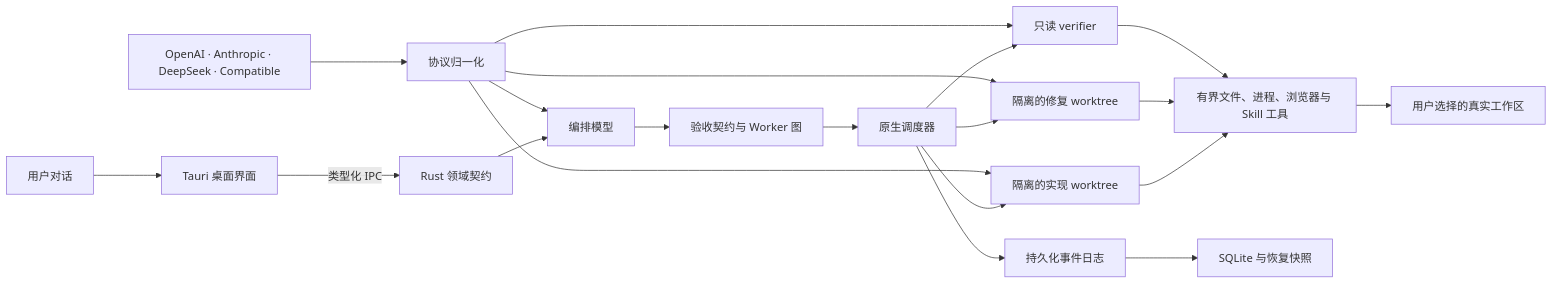
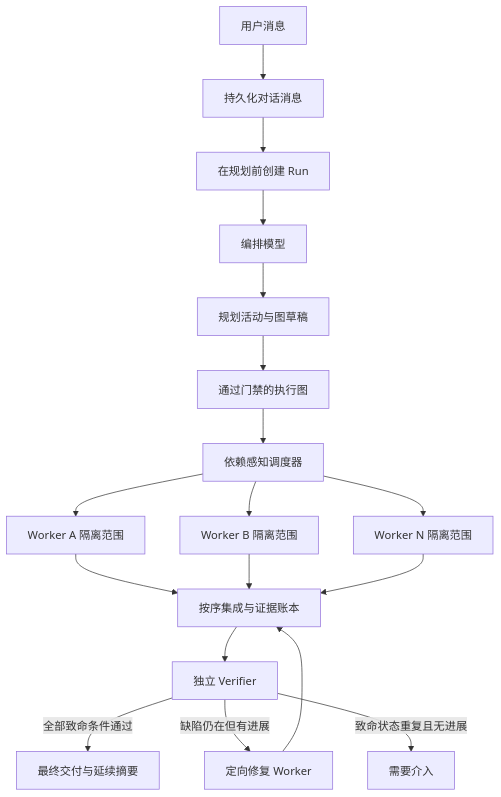
One commit to cb8010d6/LunaScope changed the first of 4 diagrams in README.zh-CN.md. Above: the diagram before and after it, drawn with Mermaid. The commit also changed other lines of this file and 68 other files, not shown here.

````diff
--- a/README.zh-CN.md
+++ b/README.zh-CN.md
@@ -47,27 +50,20 @@
 ```mermaid
-flowchart LR
-    U["用户对话"] --> UI["Tauri 桌面界面"]
-    UI -->|"类型化 IPC"| CORE["Rust 领域契约"]
-
-    CORE --> ORC["编排模型"]
-    ORC --> PLAN["验收契约与 Worker 图"]
-    PLAN --> SCH["原生调度器"]
-
-    SCH --> W1["隔离的实现 worktree"]
-    SCH --> W2["隔离的修复 worktree"]
-    SCH --> V["只读 verifier"]
-
-    W1 --> TOOLS["有界文件、进程、浏览器与 Skill 工具"]
-    W2 --> TOOLS
-    V --> TOOLS
-
-    TOOLS --> WS["用户选择的真实工作区"]
-    SCH --> EVENTS["持久化事件日志"]
-    EVENTS --> DB["SQLite 与恢复快照"]
-
-    PROVIDERS["OpenAI · Anthropic · DeepSeek · Compatible"] --> NORMALIZE["协议归一化"]
-    NORMALIZE --> ORC
-    NORMALIZE --> W1
-    NORMALIZE --> W2
-    NORMALIZE --> V
+flowchart TB
+    U["用户消息"] --> M["持久化对话消息"]
+    M --> R["在规划前创建 Run"]
+    R --> O["编排模型"]
+    O --> D["规划活动与图草稿"]
+    D --> G["通过门禁的执行图"]
+    G --> S["依赖感知调度器"]
+    S --> W1["Worker A 隔离范围"]
+    S --> W2["Worker B 隔离范围"]
+    S --> W3["Worker N 隔离范围"]
+    W1 --> I["按序集成与证据账本"]
+    W2 --> I
+    W3 --> I
+    I --> V["独立 Verifier"]
+    V -->|"全部致命条件通过"| F["最终交付与延续摘要"]
+    V -->|"缺陷仍在但有进展"| X["定向修复 Worker"]
+    X --> I
+    V -->|"致命状态重复且无进展"| N["需要介入"]
 ```
````
